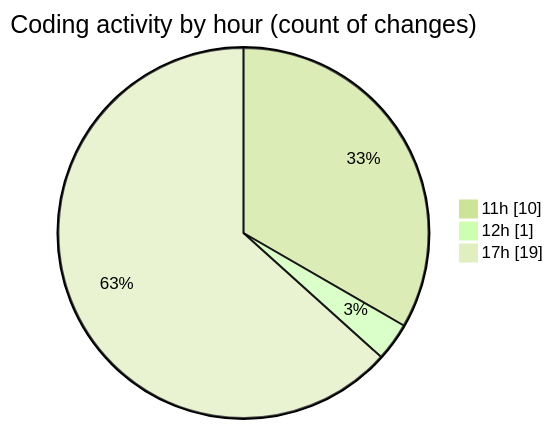
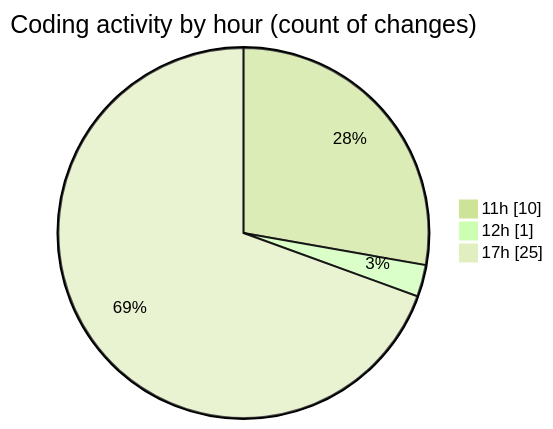
The second of 2 diagrams in 2025-06-19/nxtqube_webapp/README.md (nxtqubesakshisongat/code-tracking), drawn with Mermaid (forest theme) before and after one commit. The commit also changed other lines of this file and 1 other file, not shown here.

````diff
--- a/2025-06-19/nxtqube_webapp/README.md
+++ b/2025-06-19/nxtqube_webapp/README.md
@@ -34,7 +34,7 @@
 ```mermaid
 pie showData
 title Coding activity by hour (count of changes)
 "11h" : 10
 "12h" : 1
-"17h" : 19
+"17h" : 25
 ```
````
